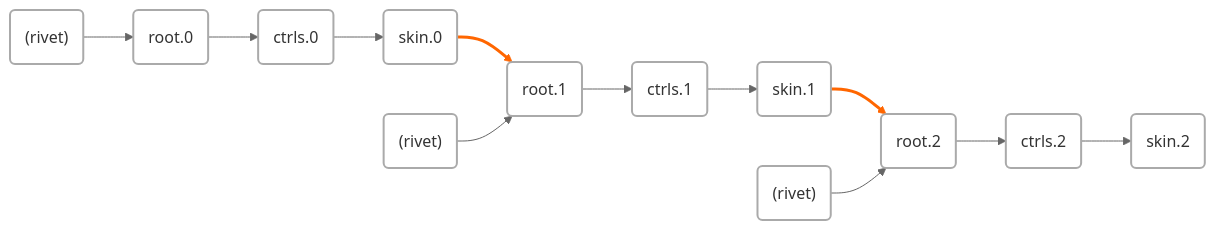
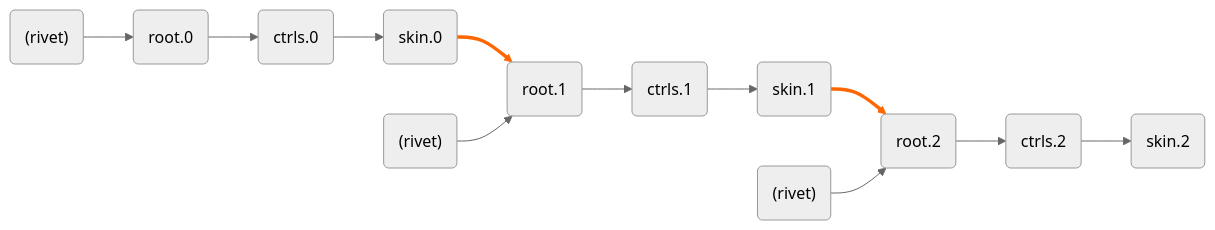
The diagram in docs/references/mod/rig/rechain.md (Citrus-Software/mikan-docs), drawn with Mermaid (neutral theme) before and after one commit. The commit also changed 3 other files, not shown here.

Commit message:
chore: update mermaid style

````diff
--- a/docs/references/mod/rig/rechain.md
+++ b/docs/references/mod/rig/rechain.md
@@ -14,21 +14,20 @@
 ```mermaid
 graph LR
     rvt0("(rivet)") --> root0("root.0")
     root0 --> ctrl0("ctrls.0")
     ctrl0 --> skin0("skin.0")
     
-    skin0 --> root1
+    skin0 ==> root1
     
     rvt1("(rivet)") --> root1("root.1")
     root1 --> ctrl1("ctrls.1")
     ctrl1 --> skin1("skin.1")
     
-    skin1 --> root2
+    skin1 ==> root2
 
     rvt2("(rivet)") --> root2("root.2")
     root2 --> ctrl2("ctrls.2")
     ctrl2 --> skin2("skin.2")
 
-    linkStyle 3,7 stroke:#f60,stroke-width:3px;
-    classDef default fill:#fff,stroke:#aaa,stroke-width:2px,color:#333;
+    linkStyle 3,7 stroke:#f60,fill:none;
 ```
````
